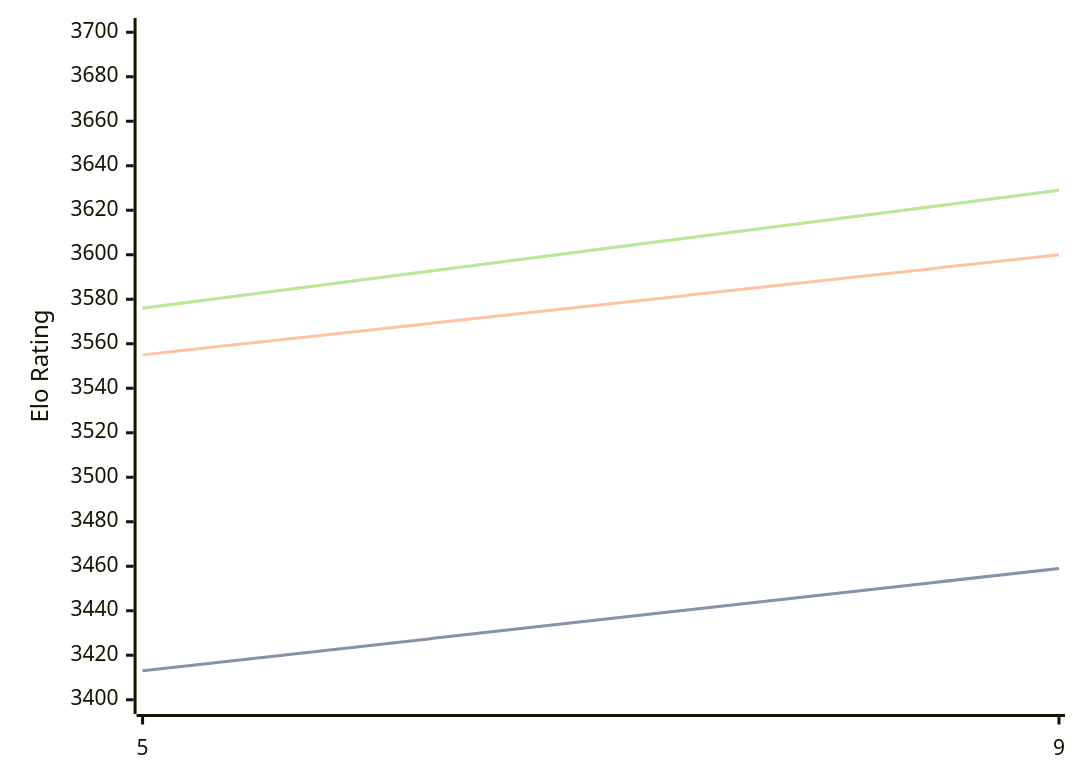
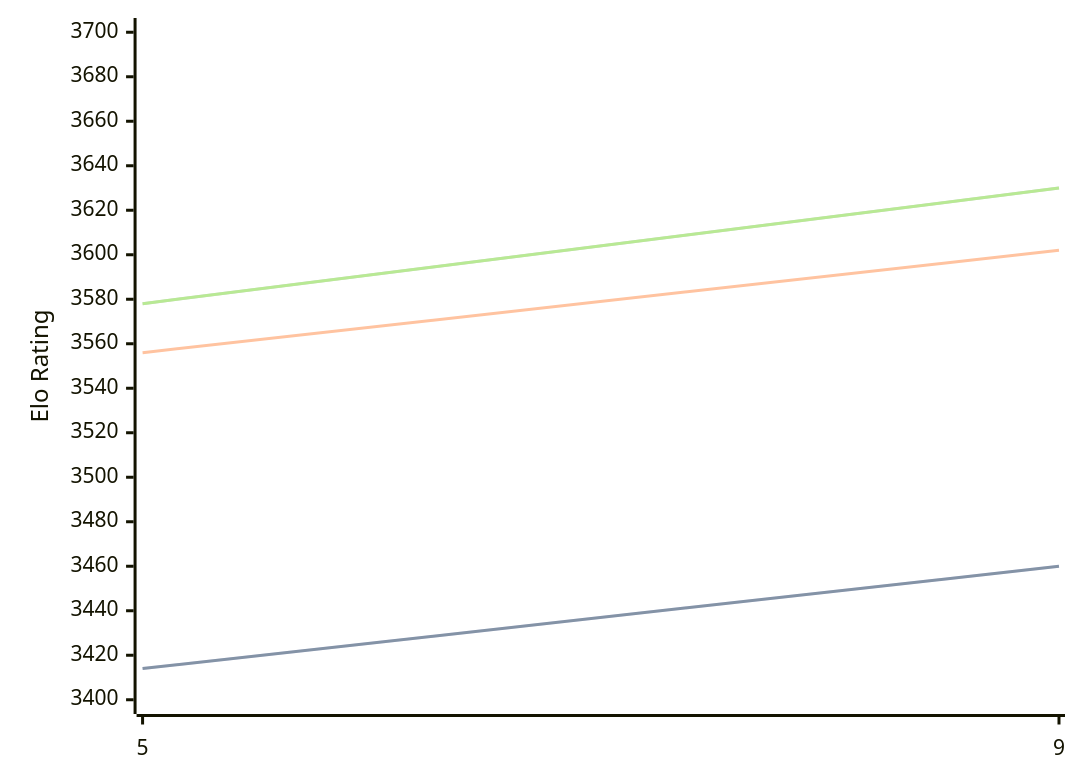
One commit to computer-chess-index/cci changed the diagram in engines/Crystal.md. Above: the diagram before and after it, drawn with Mermaid. The commit also changed other lines of this file, not shown here.

Commit message:
Update CCI Ratings (ELO VLTC) - 2026-04-27

````diff
--- a/engines/Crystal.md
+++ b/engines/Crystal.md
@@ -60,11 +60,11 @@
 ```mermaid
 %%{init: {"theme":"base","themeVariables":{"seriesColors:['#a3a3a3','#222221','#faa371']}}}%%
 xychart-beta
   x-axis ["5", "9"]
   y-axis "Elo Rating" 3400 --> 3700
-  line "STC (8.0+0.08s)" [3413, 3459]
-  line "STC (8.0+0.08s)" [3413, 3459]
-  line "LTC (60.0+0.60s)" [3555, 3600]
-  line "VLTC (2m24s+1.12s)" [3576, 3629]
-  line "VLTC (2m24s+1.12s)" [3576, 3629]
+  line "STC (8.0+0.08s)" [3414, 3460]
+  line "STC (8.0+0.08s)" [3414, 3460]
+  line "LTC (60.0+0.60s)" [3556, 3602]
+  line "VLTC (2m24s+1.12s)" [3578, 3630]
+  line "VLTC (2m24s+1.12s)" [3578, 3630]
 ```
````
